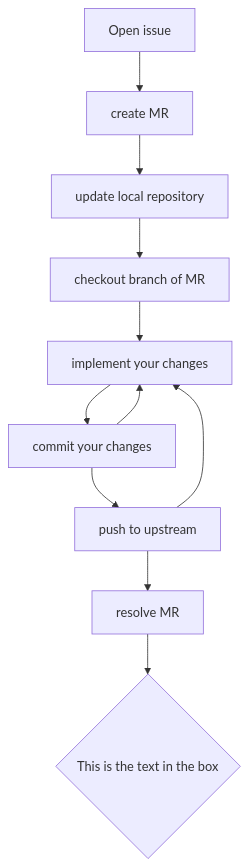
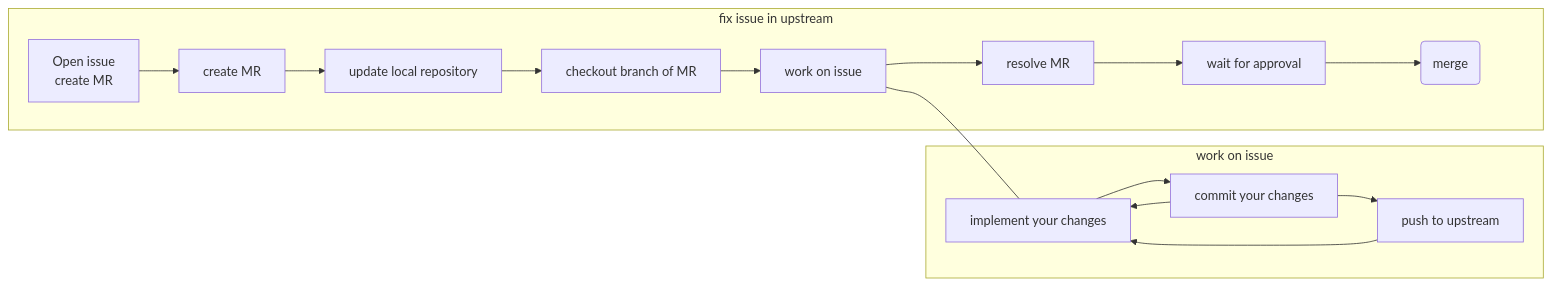
The diagram in git-usage.md (OPALX-project/OPALX-project.github.io), drawn with Mermaid before and after one commit.

Commit message:
Update git usage

````diff
--- a/git-usage.md
+++ b/git-usage.md
@@ -19,16 +19,21 @@
 ```mermaid
-graph TB;
+graph LR
 
-  open_issue[Open issue] --> create_mr;
-  create_mr[create MR] --> git_pull;
-  git_pull[update local repository] --> git_checkout;
-  git_checkout[checkout branch of MR] --> implement;
-  implement[implement your changes] --> git_commit;
-  git_commit[commit your changes] --> implement;
-  git_commit --> git_push;
-  git_push[push to upstream] --> implement;
-  git_push --> resolve_mr;
-  resolve_mr[resolve MR] --> discussion;
-  discussion{This is the text in the box}
-  
+  solve_issue --- implement
+  subgraph fix issue in upstream
+    open_issue[Open issue <br> create MR] --> create_mr;
+    create_mr[create MR] --> git_pull;
+    git_pull[update local repository] --> git_checkout;
+    git_checkout[checkout branch of MR] --> solve_issue;
+    solve_issue[work on issue] --> resolve_mr
+    resolve_mr[resolve MR] --> wait_approval;
+    wait_approval[wait for approval] --> merge
+    merge(merge)
+  end
+  subgraph work on issue
+    implement[implement your changes] --> git_commit
+    git_commit[commit your changes] --> implement
+    git_commit --> git_push
+    git_push[push to upstream] --> implement
+  end
 ```
````
